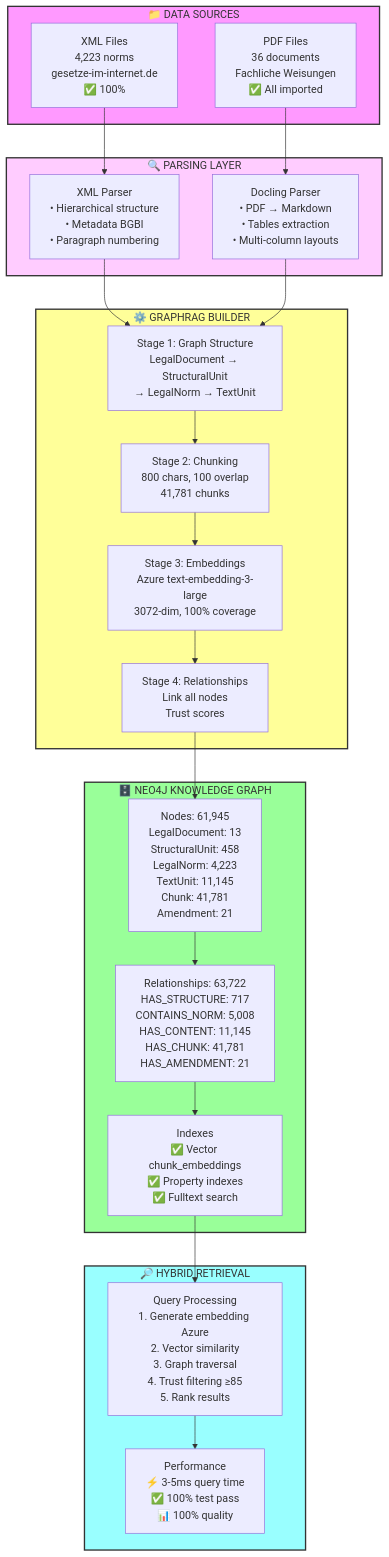
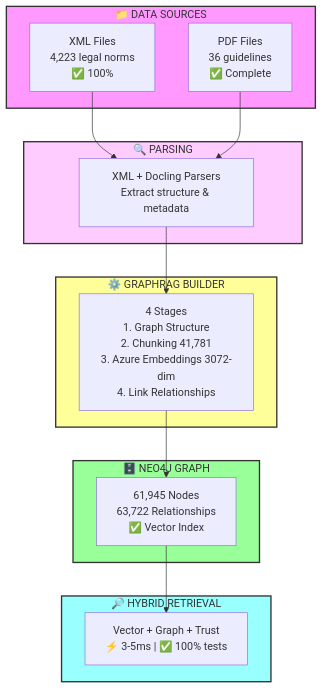
Before and after one commit to ma3u/Sozialrecht_RAG: the fourth of 5 diagrams in docs/DOCUMENT_PIPELINE.md, drawn with Mermaid.

Commit message:
docs: Simplify Current Architecture v3.0 diagram
Streamlined the data flow diagram for better readability:
- Reduced from 15 boxes to 5 clear stages
- Combined related elements into single nodes
- Condensed detailed information while keeping key metrics
- Cleaner flow: Sources → Parsing → Builder → Graph → Retrieval

Result: Much easier to understand at a glance while maintaining all critical information.

````diff
--- a/docs/DOCUMENT_PIPELINE.md
+++ b/docs/DOCUMENT_PIPELINE.md
@@ -114,49 +114,34 @@
 ```mermaid
 graph TD
     subgraph Sources["📁 DATA SOURCES"]
-        XML["XML Files<br/>4,223 norms<br/>gesetze-im-internet.de<br/>✅ 100%"]
-        PDF["PDF Files<br/>36 documents<br/>Fachliche Weisungen<br/>✅ All imported"]
+        XML["XML Files<br/>4,223 legal norms<br/>✅ 100%"]
+        PDF["PDF Files<br/>36 guidelines<br/>✅ Complete"]
     end
     
-    subgraph Parsing["🔍 PARSING LAYER"]
-        XMLParser["XML Parser<br/>• Hierarchical structure<br/>• Metadata BGBl<br/>• Paragraph numbering"]
-        DoclingParser["Docling Parser<br/>• PDF → Markdown<br/>• Tables extraction<br/>• Multi-column layouts"]
+    subgraph Parsing["🔍 PARSING"]
+        Parser["XML + Docling Parsers<br/>Extract structure & metadata"]
     end
     
     subgraph Builder["⚙️ GRAPHRAG BUILDER"]
-        Stage1["Stage 1: Graph Structure<br/>LegalDocument → StructuralUnit<br/>→ LegalNorm → TextUnit"]
-        Stage2["Stage 2: Chunking<br/>800 chars, 100 overlap<br/>41,781 chunks"]
-        Stage3["Stage 3: Embeddings<br/>Azure text-embedding-3-large<br/>3072-dim, 100% coverage"]
-        Stage4["Stage 4: Relationships<br/>Link all nodes<br/>Trust scores"]
+        Build["4 Stages<br/>1. Graph Structure<br/>2. Chunking 41,781<br/>3. Azure Embeddings 3072-dim<br/>4. Link Relationships"]
     end
     
-    subgraph Neo4j["🗄️ NEO4J KNOWLEDGE GRAPH"]
-        Nodes["Nodes: 61,945<br/>LegalDocument: 13<br/>StructuralUnit: 458<br/>LegalNorm: 4,223<br/>TextUnit: 11,145<br/>Chunk: 41,781<br/>Amendment: 21"]
-        Rels["Relationships: 63,722<br/>HAS_STRUCTURE: 717<br/>CONTAINS_NORM: 5,008<br/>HAS_CONTENT: 11,145<br/>HAS_CHUNK: 41,781<br/>HAS_AMENDMENT: 21"]
-        Indexes["Indexes<br/>✅ Vector chunk_embeddings<br/>✅ Property indexes<br/>✅ Fulltext search"]
+    subgraph Neo4j["🗄️ NEO4J GRAPH"]
+        Graph["61,945 Nodes<br/>63,722 Relationships<br/>✅ Vector Index"]
     end
     
     subgraph Retrieval["🔎 HYBRID RETRIEVAL"]
-        Query["Query Processing<br/>1. Generate embedding Azure<br/>2. Vector similarity<br/>3. Graph traversal<br/>4. Trust filtering ≥85<br/>5. Rank results"]
-        Perf["Performance<br/>⚡ 3-5ms query time<br/>✅ 100% test pass<br/>📊 100% quality"]
+        Hybrid["Vector + Graph + Trust<br/>⚡ 3-5ms | ✅ 100% tests"]
     end
     
-    XML --> XMLParser
-    PDF --> DoclingParser
-    XMLParser --> Stage1
-    DoclingParser --> Stage1
-    Stage1 --> Stage2
-    Stage2 --> Stage3
-    Stage3 --> Stage4
-    Stage4 --> Nodes
-    Nodes --> Rels
-    Rels --> Indexes
-    Indexes --> Query
-    Query --> Perf
+    XML & PDF --> Parser
+    Parser --> Build
+    Build --> Graph
+    Graph --> Hybrid
     
     style Sources fill:#f9f,stroke:#333,stroke-width:2px
     style Parsing fill:#fcf,stroke:#333,stroke-width:2px
     style Builder fill:#ff9,stroke:#333,stroke-width:2px
     style Neo4j fill:#9f9,stroke:#333,stroke-width:2px
     style Retrieval fill:#9ff,stroke:#333,stroke-width:2px
 ```
````
